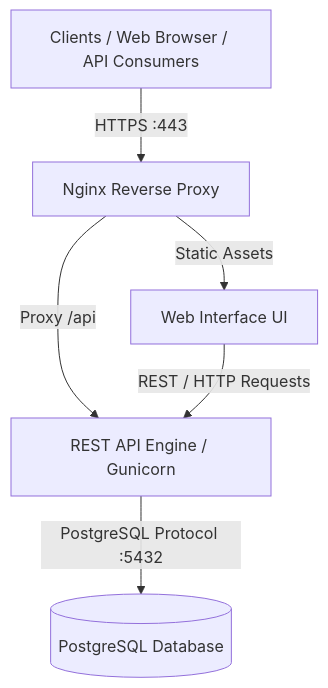
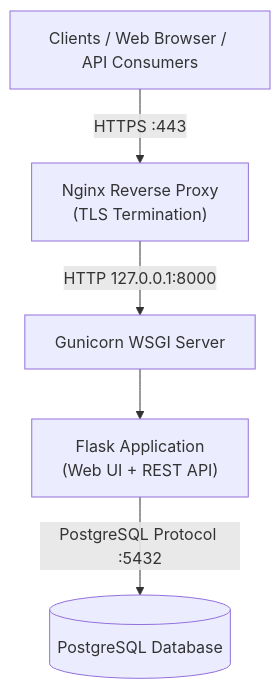
Before and after one commit to Cyborg23199/service-desk-platform: the diagram in README.md, drawn with Mermaid. The commit also changed other lines of this file and 2 other files, not shown here.

Commit message:
docs: finalize Part 1 technical report, architecture diagrams, and env template

````diff
--- a/README.md
+++ b/README.md
@@ -12,8 +12,7 @@
 ```mermaid
 flowchart TD
-    Client[Clients / Web Browser / API Consumers] -->|HTTPS :443| Nginx[Nginx Reverse Proxy]
-    Nginx -->|Static Assets| UI[Web Interface UI]
-    Nginx -->|Proxy /api| API[REST API Engine / Gunicorn]
-    UI -->|REST / HTTP Requests| API
-    API -->|PostgreSQL Protocol :5432| DB[(PostgreSQL Database)]
+    Client["Clients / Web Browser / API Consumers"] -->|HTTPS :443| Nginx["Nginx Reverse Proxy\n(TLS Termination)"]
+    Nginx -->|HTTP 127.0.0.1:8000| Gunicorn["Gunicorn WSGI Server"]
+    Gunicorn --> Flask["Flask Application\n(Web UI + REST API)"]
+    Flask -->|PostgreSQL Protocol :5432| DB[("PostgreSQL Database")]
 ```
````
